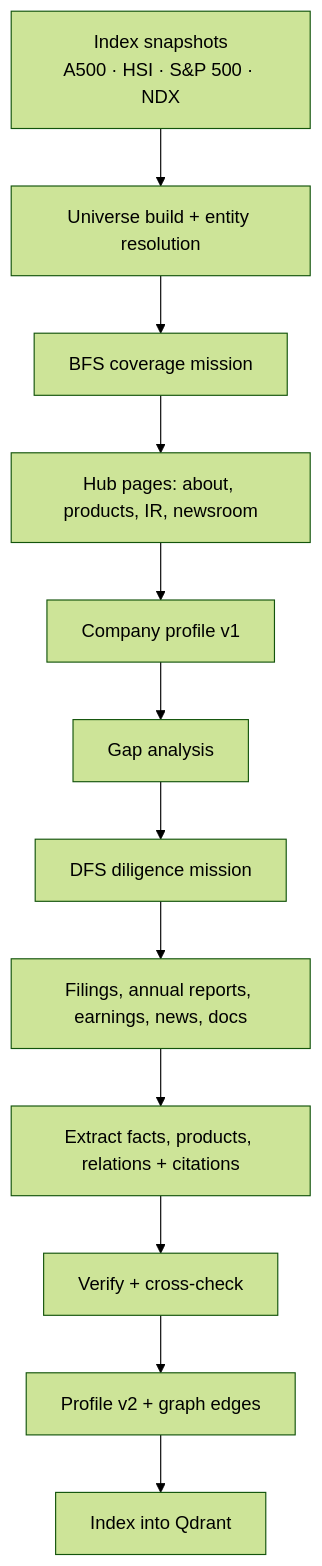
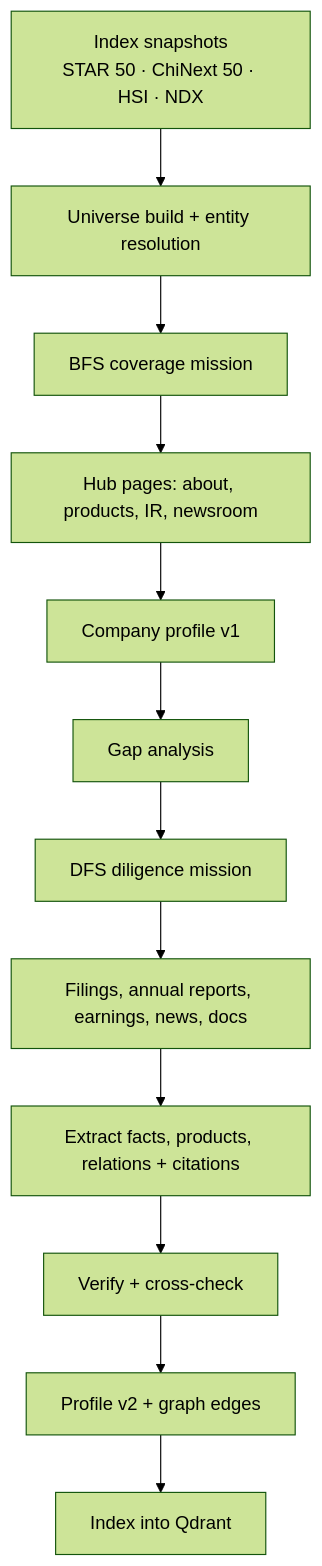
The second of 3 diagrams in docs/ARCHITECTURE.md (xubowenhaoren/OpenCorpCheck), drawn with Mermaid (forest theme) before and after one commit. The commit also changed other lines of this file and 26 other files, not shown here.

````diff
--- a/docs/ARCHITECTURE.md
+++ b/docs/ARCHITECTURE.md
@@ -402,14 +404,14 @@
 ```mermaid
 flowchart TD
-  I["Index snapshots<br/>A500 · HSI · S&P 500 · NDX"] --> U["Universe build + entity resolution"]
+  I["Index snapshots<br/>STAR 50 · ChiNext 50 · HSI · NDX"] --> U["Universe build + entity resolution"]
   U --> B["BFS coverage mission"]
   B --> H["Hub pages: about, products, IR, newsroom"]
   H --> P1["Company profile v1"]
   P1 --> G["Gap analysis"]
   G --> D["DFS diligence mission"]
   D --> F["Filings, annual reports, earnings, news, docs"]
   F --> X["Extract facts, products, relations + citations"]
   X --> V["Verify + cross-check"]
   V --> P2["Profile v2 + graph edges"]
   P2 --> IDX["Index into Qdrant"]
 ```
````
